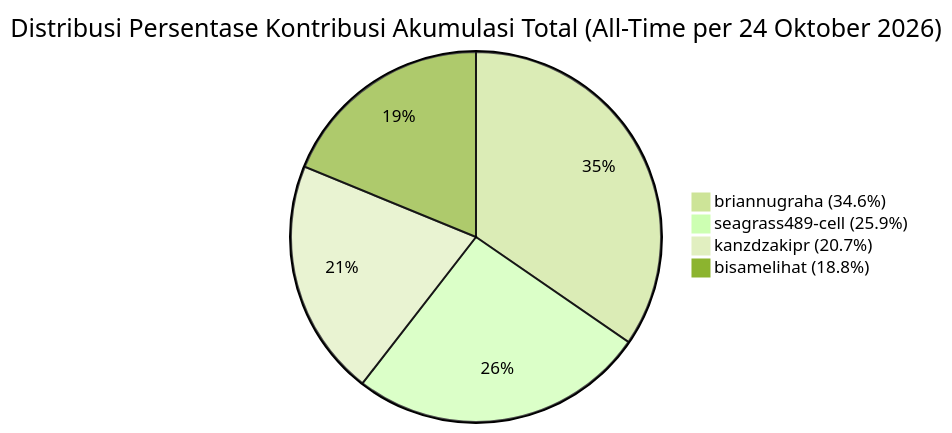
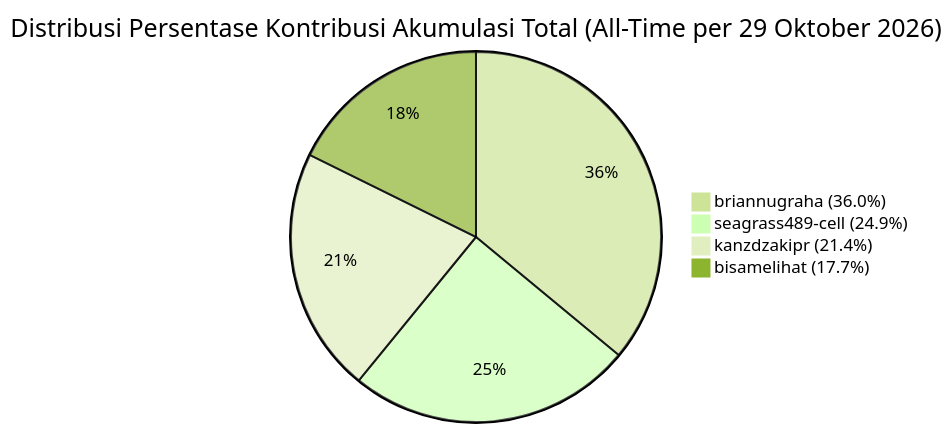
Before and after one commit to kanzdzakipr/ServicePlan-BRA: the first of 4 diagrams in KONTRIBUSI_TIM.md, drawn with Mermaid (forest theme). The commit also changed other lines of this file, not shown here.

````diff
--- a/KONTRIBUSI_TIM.md
+++ b/KONTRIBUSI_TIM.md
@@ -92,7 +92,7 @@
 ```mermaid
-pie title Distribusi Persentase Kontribusi Akumulasi Total (All-Time per 24 Oktober 2026)
-    "briannugraha (34.6%)" : 34.6
-    "seagrass489-cell (25.9%)" : 25.9
-    "kanzdzakipr (20.7%)" : 20.7
-    "bisamelihat (18.8%)" : 18.8
+pie title Distribusi Persentase Kontribusi Akumulasi Total (All-Time per 29 Oktober 2026)
+    "briannugraha (36.0%)" : 36.0
+    "seagrass489-cell (24.9%)" : 24.9
+    "kanzdzakipr (21.4%)" : 21.4
+    "bisamelihat (17.7%)" : 17.7
 ```
````
